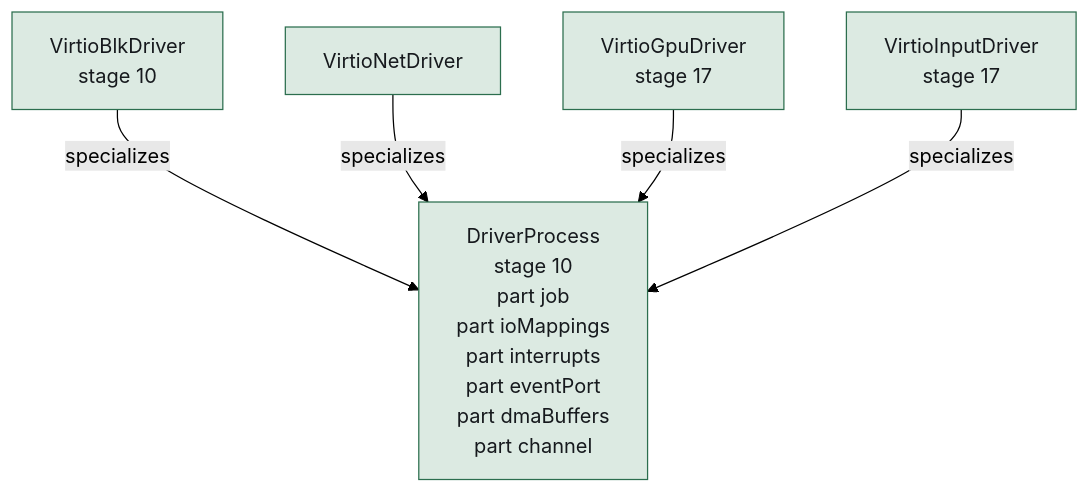
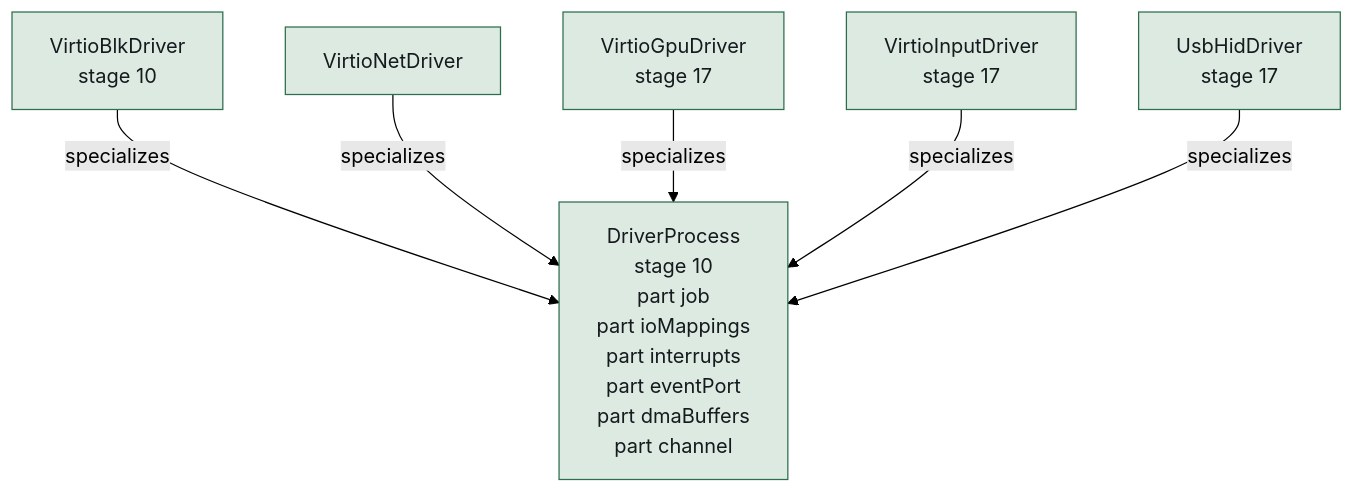
Before and after one commit to SetZero/ferrix: diagram 13 of 20 in docs/generated/ARCHITECTURE.md, drawn with Mermaid (forest theme). The commit also changed other lines of this file and 9 other files, not shown here.

First line of the commit message:
Write down the DK board's USB host, and reconcile the roadmap with it

````diff
--- a/docs/generated/ARCHITECTURE.md
+++ b/docs/generated/ARCHITECTURE.md
@@ -2101,14 +2101,16 @@
 ```mermaid
 flowchart TB
   n0_FerrixDrivers_DriverProcess["DriverProcess<br>stage 10<br>part job<br>part ioMappings<br>part interrupts<br>part eventPort<br>part dmaBuffers<br>part channel"]
   n1_FerrixDrivers_VirtioBlkDriver["VirtioBlkDriver<br>stage 10"]
   n2_FerrixDrivers_VirtioNetDriver["VirtioNetDriver"]
   n3_FerrixDrivers_VirtioGpuDriver["VirtioGpuDriver<br>stage 17"]
   n4_FerrixDrivers_VirtioInputDriver["VirtioInputDriver<br>stage 17"]
+  n5_FerrixDrivers_UsbHidDriver["UsbHidDriver<br>stage 17"]
   n1_FerrixDrivers_VirtioBlkDriver -- "specializes" --> n0_FerrixDrivers_DriverProcess
   n2_FerrixDrivers_VirtioNetDriver -- "specializes" --> n0_FerrixDrivers_DriverProcess
   n3_FerrixDrivers_VirtioGpuDriver -- "specializes" --> n0_FerrixDrivers_DriverProcess
   n4_FerrixDrivers_VirtioInputDriver -- "specializes" --> n0_FerrixDrivers_DriverProcess
+  n5_FerrixDrivers_UsbHidDriver -- "specializes" --> n0_FerrixDrivers_DriverProcess
   classDef implemented fill:#dceae2,stroke:#2c6e4e,color:#16191d
-  class n0_FerrixDrivers_DriverProcess,n1_FerrixDrivers_VirtioBlkDriver,n2_FerrixDrivers_VirtioNetDriver,n3_FerrixDrivers_VirtioGpuDriver,n4_FerrixDrivers_VirtioInputDriver implemented
+  class n0_FerrixDrivers_DriverProcess,n1_FerrixDrivers_VirtioBlkDriver,n2_FerrixDrivers_VirtioNetDriver,n3_FerrixDrivers_VirtioGpuDriver,n4_FerrixDrivers_VirtioInputDriver,n5_FerrixDrivers_UsbHidDriver implemented
 ```
````
